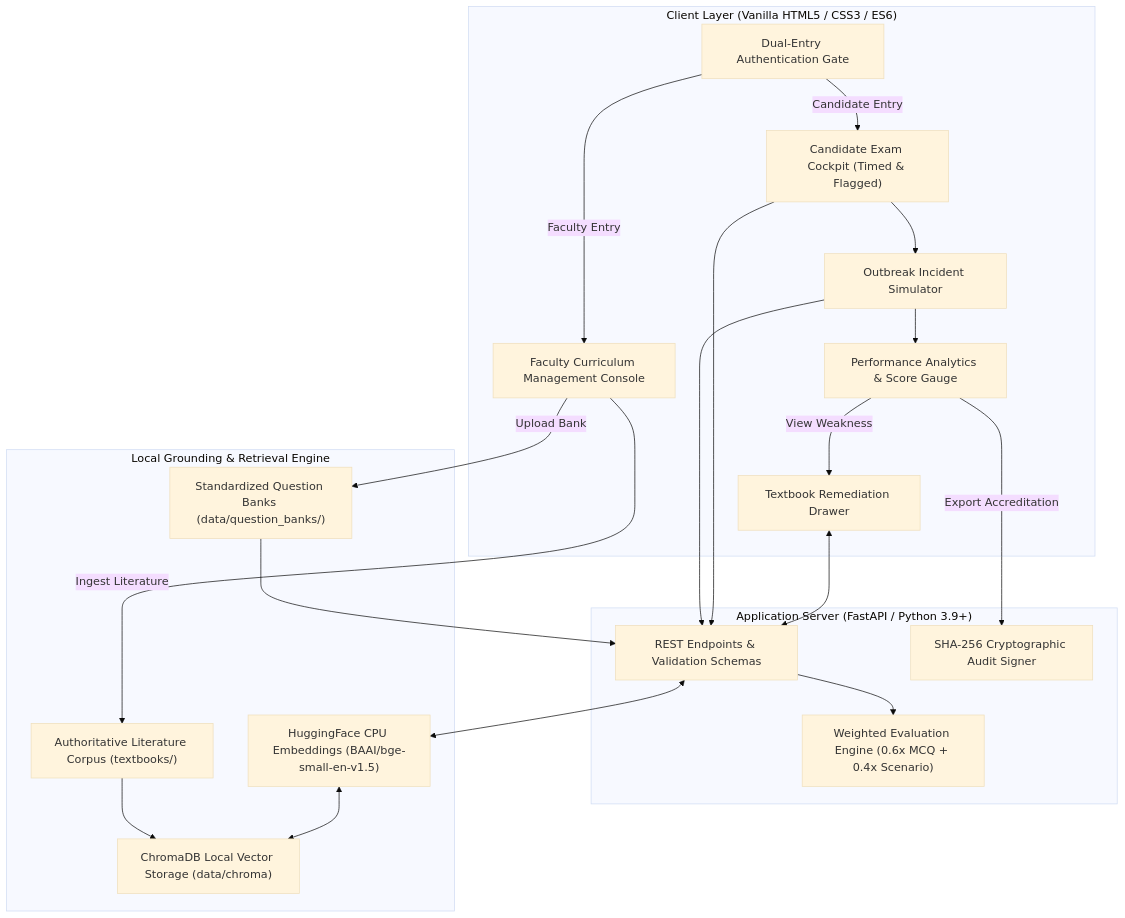
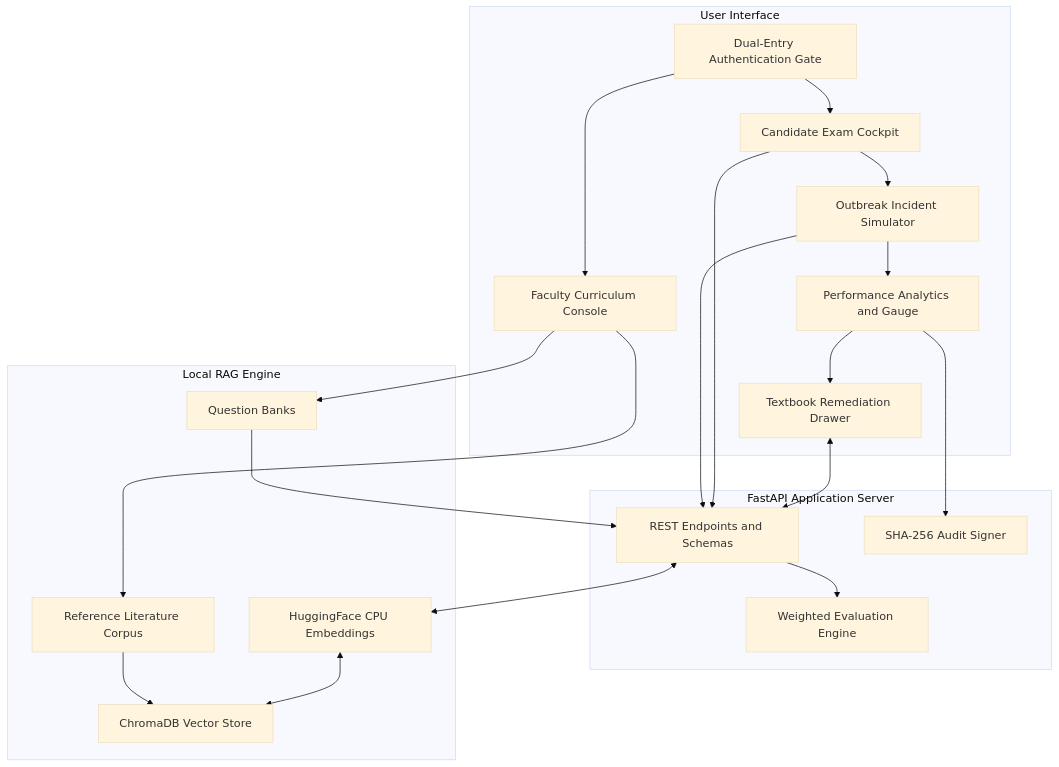
Before and after one commit to sasidhar1370/PublicHealth-Platform: the diagram in README.md, drawn with Mermaid (base theme). The commit also changed other lines of this file, not shown here.

Commit message:
Refactor system architecture diagram in README
Updated system architecture diagram in README with clearer labels and formatting.

````diff
--- a/README.md
+++ b/README.md
@@ -33,34 +33,35 @@
 ```mermaid
-flowchart TD
-    subgraph UI ["Client Layer (Vanilla HTML5 / CSS3 / ES6)"]
-        AUTH["Dual-Entry Authentication Gate"]
-        COCKPIT["Candidate Exam Cockpit (Timed & Flagged)"]
-        SIM["Outbreak Incident Simulator"]
-        DASH["Performance Analytics & Score Gauge"]
-        ADMIN["Faculty Curriculum Management Console"]
-        DRAWER["Textbook Remediation Drawer"]
+graph TD
+    subgraph UI [User Interface]
+        AUTH[Dual-Entry Authentication Gate]
+        COCKPIT[Candidate Exam Cockpit]
+        SIM[Outbreak Incident Simulator]
+        DASH[Performance Analytics and Gauge]
+        ADMIN[Faculty Curriculum Console]
+        DRAWER[Textbook Remediation Drawer]
     end
 
-    subgraph API ["Application Server (FastAPI / Python 3.9+)"]
-        ROUTER["REST Endpoints & Validation Schemas"]
-        SCORING["Weighted Evaluation Engine (0.6x MCQ + 0.4x Scenario)"]
-        HASHING["SHA-256 Cryptographic Audit Signer"]
+    subgraph API [FastAPI Application Server]
+        ROUTER[REST Endpoints and Schemas]
+        SCORING[Weighted Evaluation Engine]
+        HASHING[SHA-256 Audit Signer]
     end
 
-    subgraph RAG ["Local Grounding & Retrieval Engine"]
-        EMBED["HuggingFace CPU Embeddings (BAAI/bge-small-en-v1.5)"]
-        VECTOR["ChromaDB Local Vector Storage (data/chroma)"]
-        TEXTBOOKS["Authoritative Literature Corpus (textbooks/)"]
-        BANKS["Standardized Question Banks (data/question_banks/)"]
+    subgraph RAG [Local RAG Engine]
+        EMBED[HuggingFace CPU Embeddings]
+        VECTOR[ChromaDB Vector Store]
+        TEXTBOOKS[Reference Literature Corpus]
+        BANKS[Question Banks]
     end
 
-    AUTH -->|Candidate Entry| COCKPIT
-    AUTH -->|Faculty Entry| ADMIN
+    AUTH --> COCKPIT
+    AUTH --> ADMIN
     COCKPIT --> SIM --> DASH
-    DASH -->|View Weakness| DRAWER
-    DASH -->|Export Accreditation| HASHING
+    DASH --> DRAWER
+    DASH --> HASHING
     DRAWER <--> ROUTER <--> EMBED <--> VECTOR
-    ADMIN -->|Ingest Literature| TEXTBOOKS --> VECTOR
-    ADMIN -->|Upload Bank| BANKS --> ROUTER
-    COCKPIT & SIM --> ROUTER --> SCORING
+    ADMIN --> TEXTBOOKS --> VECTOR
+    ADMIN --> BANKS --> ROUTER
+    COCKPIT --> ROUTER --> SCORING
+    SIM --> ROUTER
 ```
````
